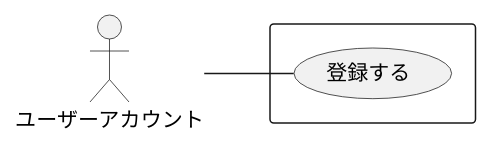
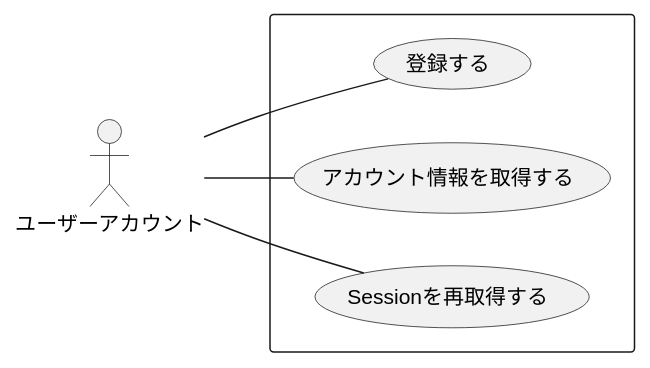
Before and after one commit to CA22-game-creators/cookingbomb-apiserver: the diagram in docs/usecase.pu, drawn with PlantUML. The commit also changed 52 other files, not shown here.

```diff
--- a/docs/usecase.pu
+++ b/docs/usecase.pu
@@ -1,9 +1,11 @@
 @startuml ユースケース図
 left to right direction
 
 actor ユーザーアカウント
 rectangle {
     ユーザーアカウント -- (登録する)
+    ユーザーアカウント -- (アカウント情報を取得する)
+    ユーザーアカウント -- (Sessionを再取得する)
 }
 
 @enduml
```
